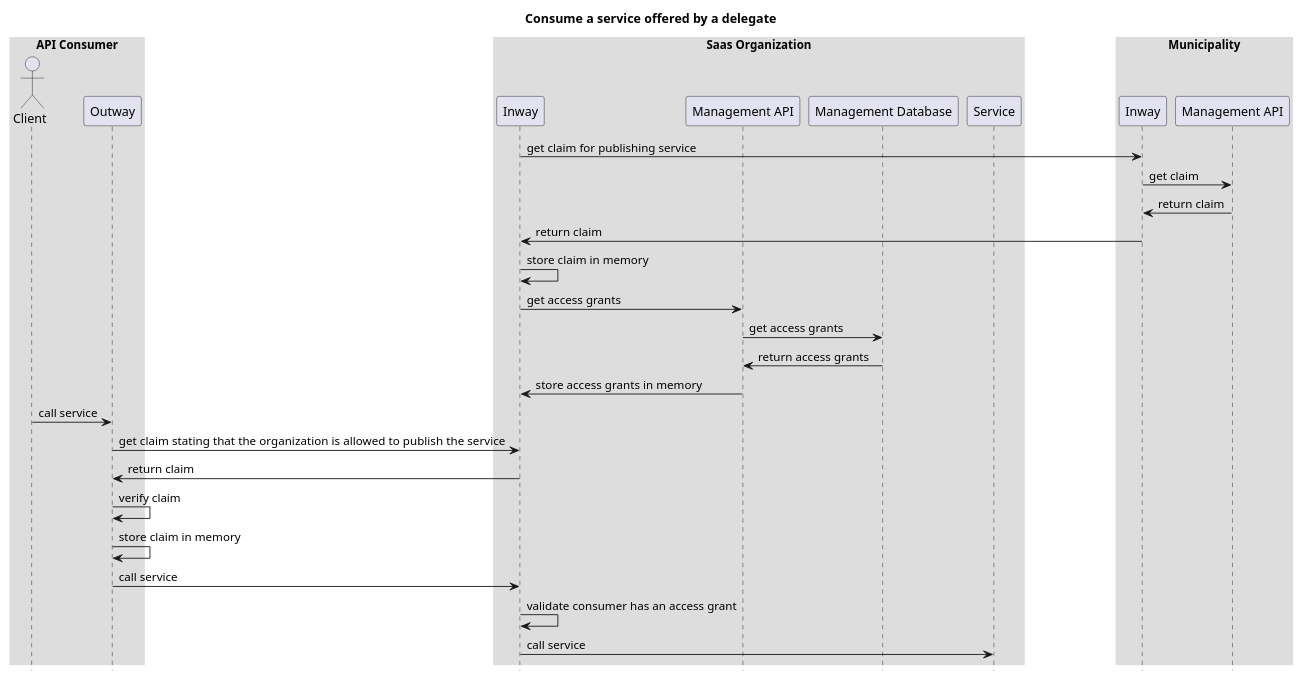
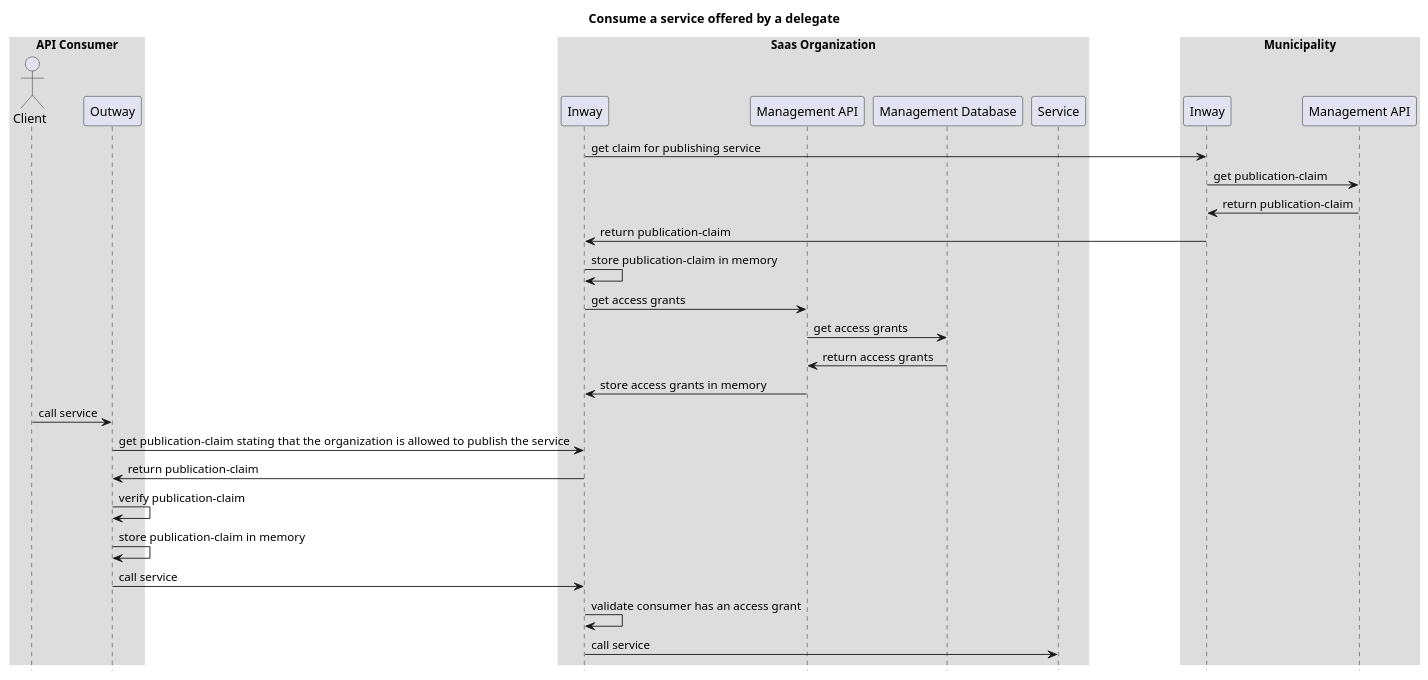
The diagram in technical-docs/sequence-diagrams/data-delegation-consume-service-access-grants-at-delegator.puml (VNG-Realisatie/nlx), drawn with PlantUML before and after one commit. The commit also changed 2 other files, not shown here.

Commit message:
docs: increase destinction between claims in the sequence diagrams
Issue: #1171

```diff
--- a/technical-docs/sequence-diagrams/data-delegation-consume-service-access-grants-at-delegator.puml
+++ b/technical-docs/sequence-diagrams/data-delegation-consume-service-access-grants-at-delegator.puml
@@ -1,45 +1,45 @@
 @startuml
 title: Consume a service offered by a delegate
 
 skinparam sequenceBoxBorderColor #transparent
 skinparam boxPadding 50
 hide footbox
 
 box "API Consumer"
 actor "Client" as clientConsumer
 participant "Outway" as outwayConsumer
 end box
 
 
 box "Saas Organization"
 participant "Inway" as inwaySaasOrganization
 participant "Management API" as managementAPISaasOrganization
 participant "Management Database" as managementDatabaseSaasOrganization
 participant "Service" as serviceSaasOrganization
 end box
 
 box "Municipality"
 participant "Inway" as inwayMunicipality
 participant "Management API" as managementAPIMunicipality
 end box
 
 inwaySaasOrganization -> inwayMunicipality: get claim for publishing service
-inwayMunicipality -> managementAPIMunicipality: get claim
-managementAPIMunicipality -> inwayMunicipality: return claim
-inwayMunicipality -> inwaySaasOrganization: return claim
-inwaySaasOrganization -> inwaySaasOrganization: store claim in memory
+inwayMunicipality -> managementAPIMunicipality: get publication-claim
+managementAPIMunicipality -> inwayMunicipality: return publication-claim
+inwayMunicipality -> inwaySaasOrganization: return publication-claim
+inwaySaasOrganization -> inwaySaasOrganization: store publication-claim in memory
 inwaySaasOrganization -> managementAPISaasOrganization: get access grants
 managementAPISaasOrganization -> managementDatabaseSaasOrganization: get access grants
 managementDatabaseSaasOrganization -> managementAPISaasOrganization: return access grants
 managementAPISaasOrganization -> inwaySaasOrganization: store access grants in memory
 
 clientConsumer -> outwayConsumer: call service
-outwayConsumer -> inwaySaasOrganization: get claim stating that the organization is allowed to  publish the service
-inwaySaasOrganization -> outwayConsumer: return claim
-outwayConsumer -> outwayConsumer: verify claim
-outwayConsumer -> outwayConsumer: store claim in memory
+outwayConsumer -> inwaySaasOrganization: get publication-claim stating that the organization is allowed to  publish the service
+inwaySaasOrganization -> outwayConsumer: return publication-claim
+outwayConsumer -> outwayConsumer: verify publication-claim
+outwayConsumer -> outwayConsumer: store publication-claim in memory
 outwayConsumer -> inwaySaasOrganization: call service
 inwaySaasOrganization -> inwaySaasOrganization: validate consumer has an access grant
 inwaySaasOrganization -> serviceSaasOrganization: call service
 
 @enduml
```
